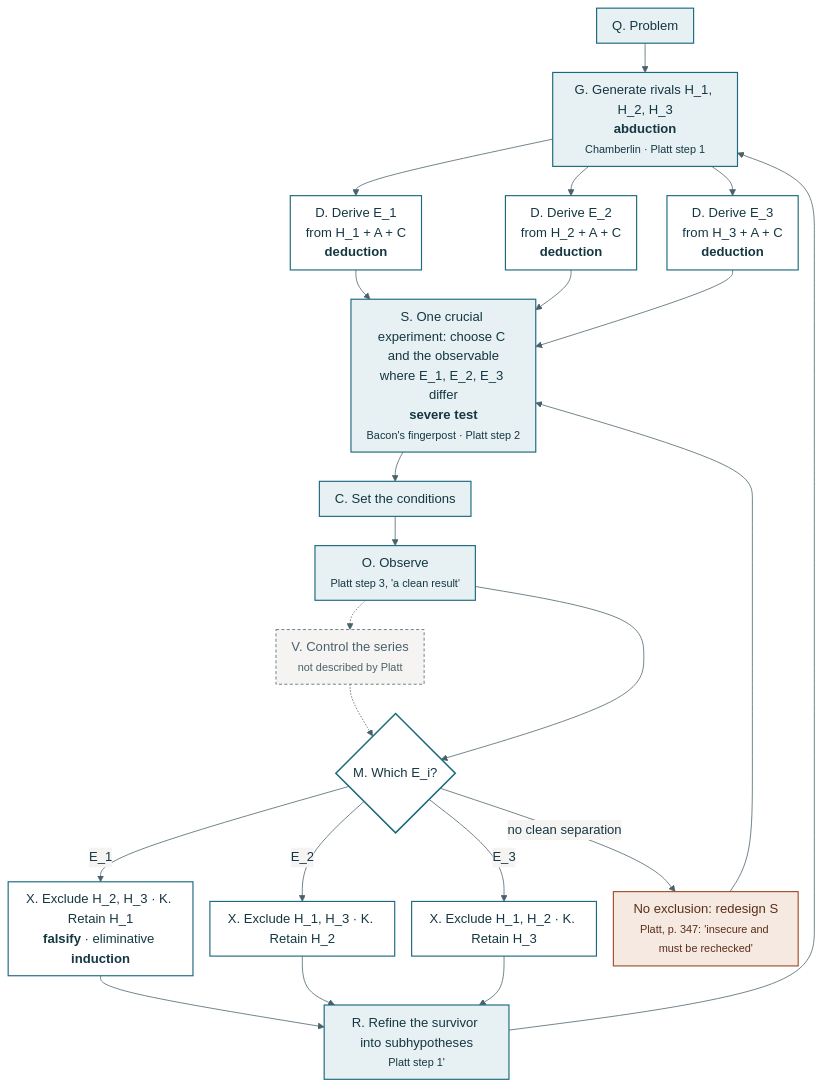
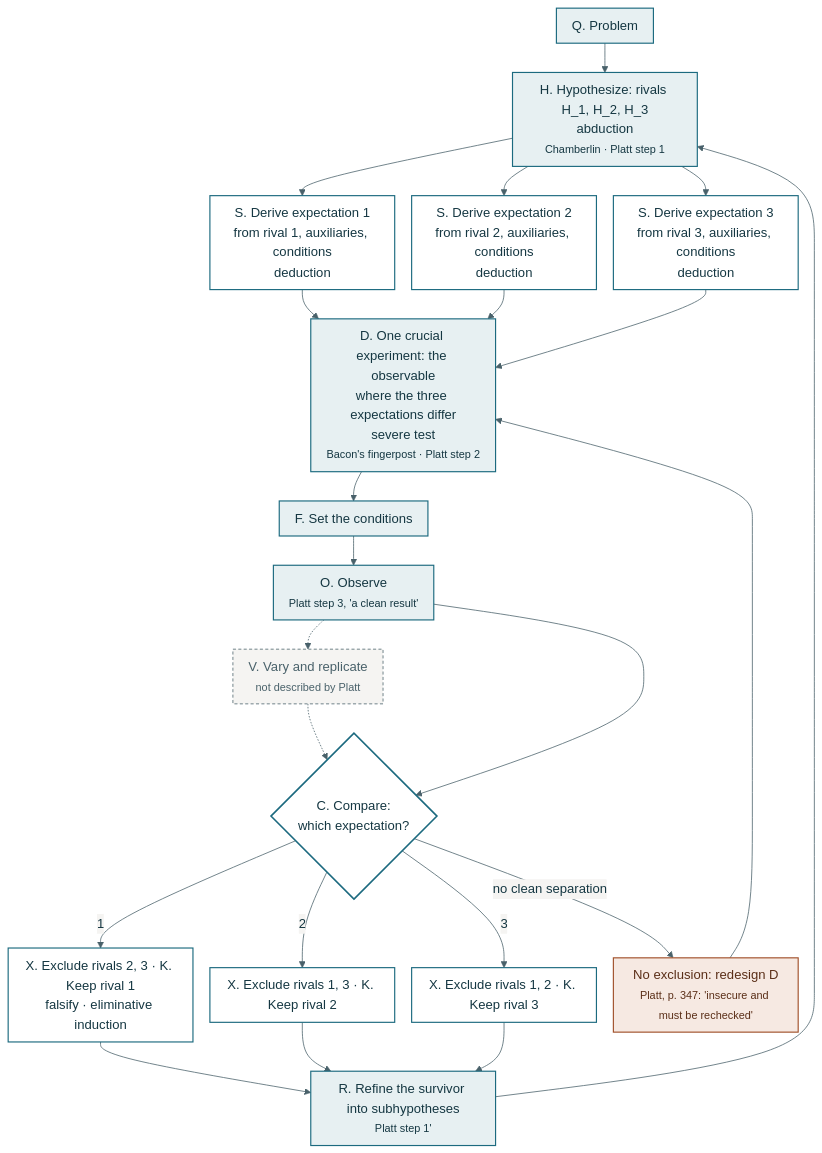
The diagram in sessions/01-scientific-method.qmd (Denolle-Lab/metascience-and-AI), drawn with Mermaid before and after one commit. The commit also changed other lines of this file and 14 other files, not shown here.

First line of the commit message:
Graph v0.4.2 vocabulary and controller v0.5.1

````diff
--- a/sessions/01-scientific-method.qmd
+++ b/sessions/01-scientific-method.qmd
@@ -48,34 +48,34 @@
 ```{mermaid}
 %%| label: fig-platt-loop
-%%| fig-cap: "Platt's strong inference as a composition of units: three units share one crucial experiment. Each rival gets its own derivation D; one design S picks the observable on which E_1, E_2, and E_3 differ; a single C, O, and M serve all three; each outcome excludes two rivals and retains one; the survivor is refined at R and the cycle returns to G. Node V is drawn dashed because Platt's step 3, 'a clean result', stands where the control series would be and he does not describe it. Letters, tasks, and thinkers are those of the unit graph."
+%%| fig-cap: "Platt's strong inference as a composition of units: three units share one crucial experiment. Each rival gets its own derivation at S; one design D picks the observable on which the three expectations differ; a single F, O, and C serve all three; each outcome excludes two rivals and keeps one; the survivor is refined at R and the cycle returns to H. Node V is drawn dashed because Platt's step 3, 'a clean result', stands where the control series would be and he does not describe it. Letters are those of graph v0.4.2."
 %%{init: {"theme": "base", "themeVariables": {"fontSize": "17px", "fontFamily": "Source Serif 4, Georgia, serif", "primaryColor": "#e7f0f2", "primaryBorderColor": "#1c6a7f", "primaryTextColor": "#153742", "lineColor": "#49616a", "secondaryColor": "#ffffff", "tertiaryColor": "#f5f4f2", "edgeLabelBackground": "#f5f4f2"}, "flowchart": {"htmlLabels": true, "nodeSpacing": 22, "rankSpacing": 38, "curve": "basis", "padding": 10}}}%%
 flowchart TD
-    Q["Q. Problem"] --> G["G. Generate rivals H_1, H_2, H_3<br/><b>abduction</b><br/><small>Chamberlin · Platt step 1</small>"]
-    G --> D1["D. Derive E_1<br/>from H_1 + A + C<br/><b>deduction</b>"]
-    G --> D2["D. Derive E_2<br/>from H_2 + A + C<br/><b>deduction</b>"]
-    G --> D3["D. Derive E_3<br/>from H_3 + A + C<br/><b>deduction</b>"]
-    D1 & D2 & D3 --> S["S. One crucial experiment: choose C and the observable<br/>where E_1, E_2, E_3 differ<br/><b>severe test</b><br/><small>Bacon's fingerpost · Platt step 2</small>"]
-    S --> C["C. Set the conditions"]
-    C --> O["O. Observe<br/><small>Platt step 3, 'a clean result'</small>"]
-    O -.-> V["V. Control the series<br/><small>not described by Platt</small>"]
-    V -.-> M
-    O --> M{"M. Which E_i?"}
-    M -- "E_1" --> R1["X. Exclude H_2, H_3 · K. Retain H_1<br/><b>falsify</b> · eliminative <b>induction</b>"]
-    M -- "E_2" --> R2["X. Exclude H_1, H_3 · K. Retain H_2"]
-    M -- "E_3" --> R3["X. Exclude H_1, H_2 · K. Retain H_3"]
-    M -- "no clean separation" --> NC["No exclusion: redesign S<br/><small>Platt, p. 347: 'insecure and must be rechecked'</small>"]
-    NC --> S
+    Q["Q. Problem"] --> H["H. Hypothesize: rivals H_1, H_2, H_3<br/>abduction<br/><small>Chamberlin · Platt step 1</small>"]
+    H --> S1["S. Derive expectation 1<br/>from rival 1, auxiliaries, conditions<br/>deduction"]
+    H --> S2["S. Derive expectation 2<br/>from rival 2, auxiliaries, conditions<br/>deduction"]
+    H --> S3["S. Derive expectation 3<br/>from rival 3, auxiliaries, conditions<br/>deduction"]
+    S1 & S2 & S3 --> D["D. One crucial experiment: the observable<br/>where the three expectations differ<br/>severe test<br/><small>Bacon's fingerpost · Platt step 2</small>"]
+    D --> F["F. Set the conditions"]
+    F --> O["O. Observe<br/><small>Platt step 3, 'a clean result'</small>"]
+    O -.-> V["V. Vary and replicate<br/><small>not described by Platt</small>"]
+    V -.-> C
+    O --> C{"C. Compare:<br/>which expectation?"}
+    C -- "1" --> R1["X. Exclude rivals 2, 3 · K. Keep rival 1<br/>falsify · eliminative induction"]
+    C -- "2" --> R2["X. Exclude rivals 1, 3 · K. Keep rival 2"]
+    C -- "3" --> R3["X. Exclude rivals 1, 2 · K. Keep rival 3"]
+    C -- "no clean separation" --> NC["No exclusion: redesign D<br/><small>Platt, p. 347: 'insecure and must be rechecked'</small>"]
+    NC --> D
     R1 & R2 & R3 --> R["R. Refine the survivor into subhypotheses<br/><small>Platt step 1'</small>"]
-    R --> G
+    R --> H
 
     classDef step fill:#e7f0f2,stroke:#1c6a7f,stroke-width:1.5px,color:#153742;
     classDef unit fill:#ffffff,stroke:#1c6a7f,stroke-width:1.5px,color:#153742;
     classDef branch fill:#ffffff,stroke:#1c6a7f,stroke-width:2px,color:#153742;
     classDef escape fill:#f6e9e2,stroke:#a1512b,stroke-width:1.5px,color:#5a2e17;
     classDef ghost fill:#f5f4f2,stroke:#49616a,stroke-width:1px,stroke-dasharray:4 3,color:#49616a;
-    class Q,G,S,C,O,R step;
-    class D1,D2,D3,R1,R2,R3 unit;
-    class M branch;
+    class Q,H,D,F,O,R step;
+    class S1,S2,S3,R1,R2,R3 unit;
+    class C branch;
     class NC escape;
     class V ghost;
 ```
````
